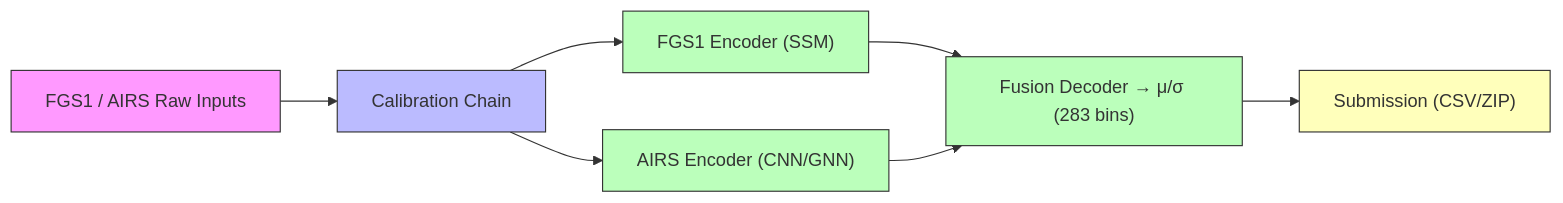
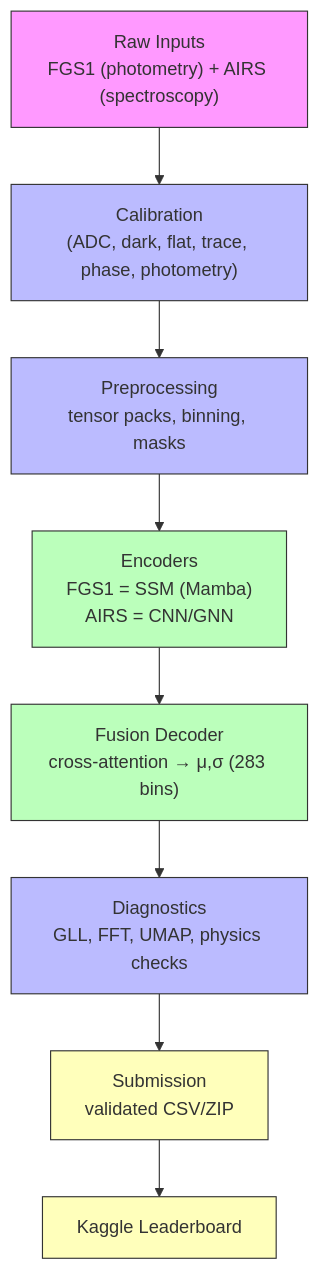
The diagram in docs/index.md (bartytime4life/SpectralMindV50), drawn with Mermaid before and after one commit. The commit also changed other lines of this file, not shown here.

Commit message:
Revise documentation for SpectraMind V50 architecture

````diff
--- a/docs/index.md
+++ b/docs/index.md
@@ -63,20 +12,18 @@
 ```mermaid
-flowchart LR
-  RAW["FGS1 / AIRS Raw Inputs"]:::raw
-  CAL["Calibration Chain"]:::stage
-  ENC_FGS1["FGS1 Encoder (SSM)"]:::model
-  ENC_AIRS["AIRS Encoder (CNN/GNN)"]:::model
-  DEC["Fusion Decoder → μ/σ (283 bins)"]:::model
-  SUB["Submission (CSV/ZIP)"]:::out
+flowchart TD
+  A["Raw Inputs<br/>FGS1 (photometry) + AIRS (spectroscopy)"]:::raw
+  B["Calibration<br/>(ADC, dark, flat, trace, phase, photometry)"]:::stage
+  C["Preprocessing<br/>tensor packs, binning, masks"]:::stage
+  D["Encoders<br/>FGS1 = SSM (Mamba)<br/>AIRS = CNN/GNN"]:::model
+  E["Fusion Decoder<br/>cross-attention → μ,σ (283 bins)"]:::model
+  F["Diagnostics<br/>GLL, FFT, UMAP, physics checks"]:::stage
+  G["Submission<br/>validated CSV/ZIP"]:::out
+  H["Kaggle Leaderboard"]:::out
 
-  RAW --> CAL --> ENC_FGS1
-  CAL --> ENC_AIRS
-  ENC_FGS1 --> DEC
-  ENC_AIRS --> DEC
-  DEC --> SUB
+  A --> B --> C --> D --> E --> F --> G --> H
 
   classDef raw fill:#f9f,stroke:#333,stroke-width:1px;
   classDef stage fill:#bbf,stroke:#333,stroke-width:1px;
   classDef model fill:#bfb,stroke:#333,stroke-width:1px;
   classDef out fill:#ffb,stroke:#333,stroke-width:1px;
 ```
````
